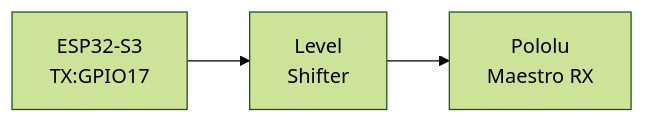
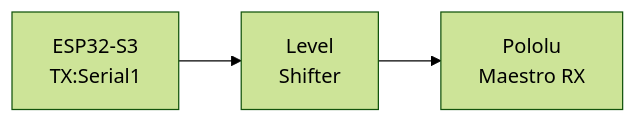
Before and after one commit to Neurotech-Hub/MaestroServoController: the diagram in README.md, drawn with Mermaid (forest theme).

````diff
--- a/README.md
+++ b/README.md
@@ -7,5 +7,5 @@
 ```mermaid
 graph LR
-    A[ESP32-S3<br>TX:GPIO17] --> B[Level<br>Shifter]
+    A[ESP32-S3<br>TX:Serial1] --> B[Level<br>Shifter]
     B --> C[Pololu<br>Maestro RX]
 ```
````
